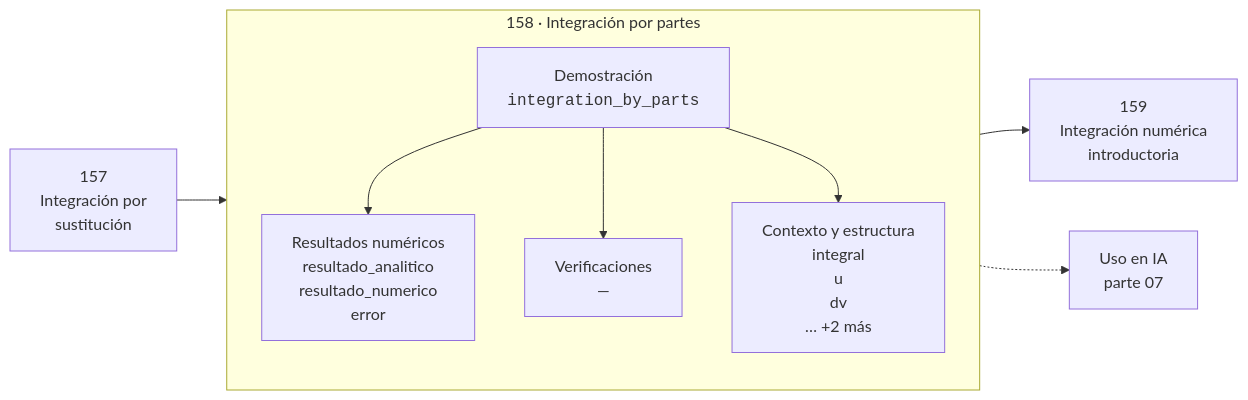
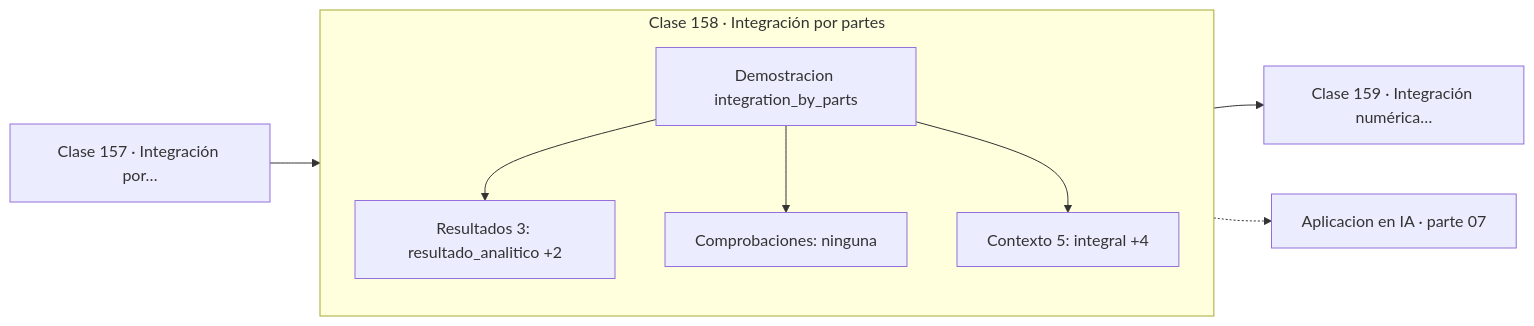
One commit to vladimiracunadev-create/computational-mathematics-program changed the diagram in classes/part-07-calculo-diferencial-e-integral/158-integracion-por-partes/README.md. Above: the diagram before and after it, drawn with Mermaid. The commit also changed 389 other files, not shown here.

First line of the commit message:
fix(diagramas): elimina el HTML de las etiquetas Mermaid

````diff
--- a/classes/part-07-calculo-diferencial-e-integral/158-integracion-por-partes/README.md
+++ b/classes/part-07-calculo-diferencial-e-integral/158-integracion-por-partes/README.md
@@ -30,12 +30,13 @@
 ```mermaid
 flowchart LR
-    P["157<br/>Integración por<br/>sustitución"] --> C
-    subgraph C["158 · Integración por partes"]
+    P["Clase 157 · Integración por…"] --> D
+    subgraph CLASE["Clase 158 · Integración por partes"]
         direction TB
-        D["Demostración<br/><code>integration_by_parts</code>"] --> R["Resultados numéricos<br/>resultado_analitico<br/>resultado_numerico<br/>error"]
-        D --> V["Verificaciones<br/>—"]
-        D --> O["Contexto y estructura<br/>integral<br/>u<br/>dv<br/>… +2 más"]
+        D["Demostracion integration_by_parts"]
+        D --> R["Resultados 3: resultado_analitico +2"]
+        D --> V["Comprobaciones: ninguna"]
+        D --> O["Contexto 5: integral +4"]
     end
-    C --> N["159<br/>Integración numérica<br/>introductoria"]
-    C -.-> IA["Uso en IA<br/>parte 07"]
+    R --> N["Clase 159 · Integración numérica…"]
+    V -.-> IA["Aplicacion en IA · parte 07"]
 ```
````
